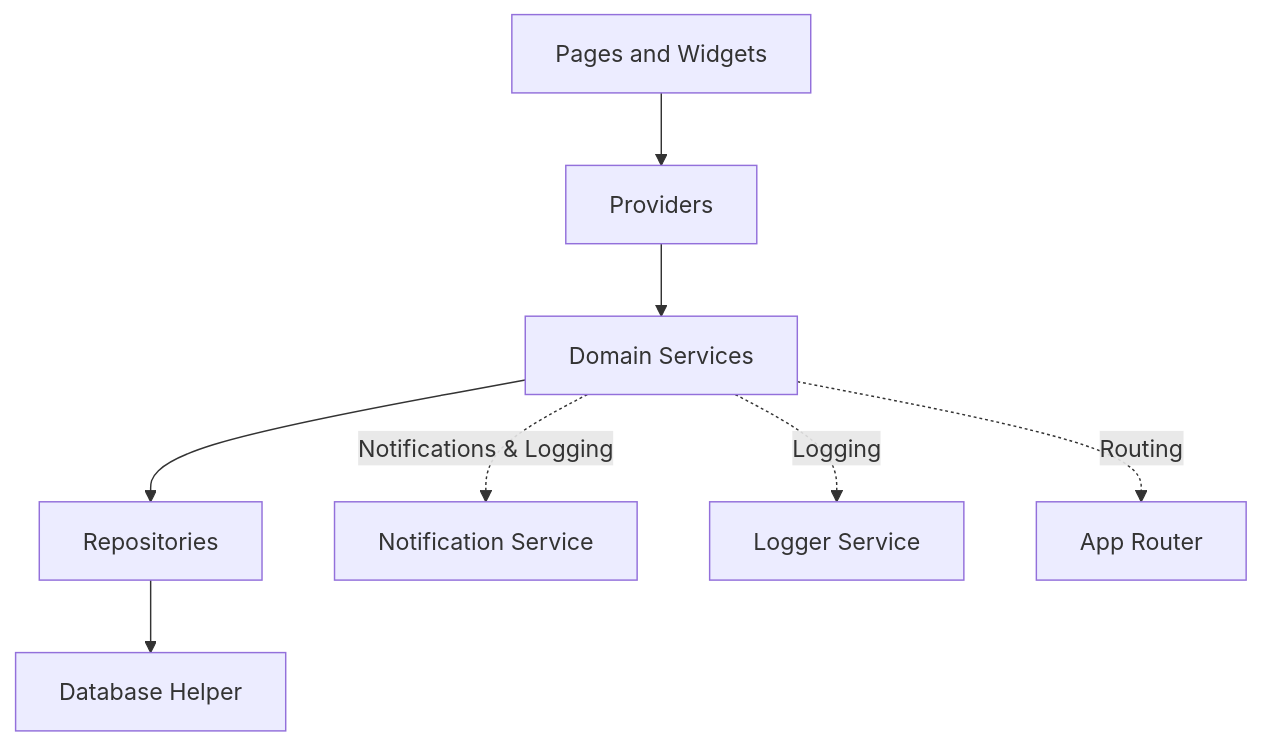
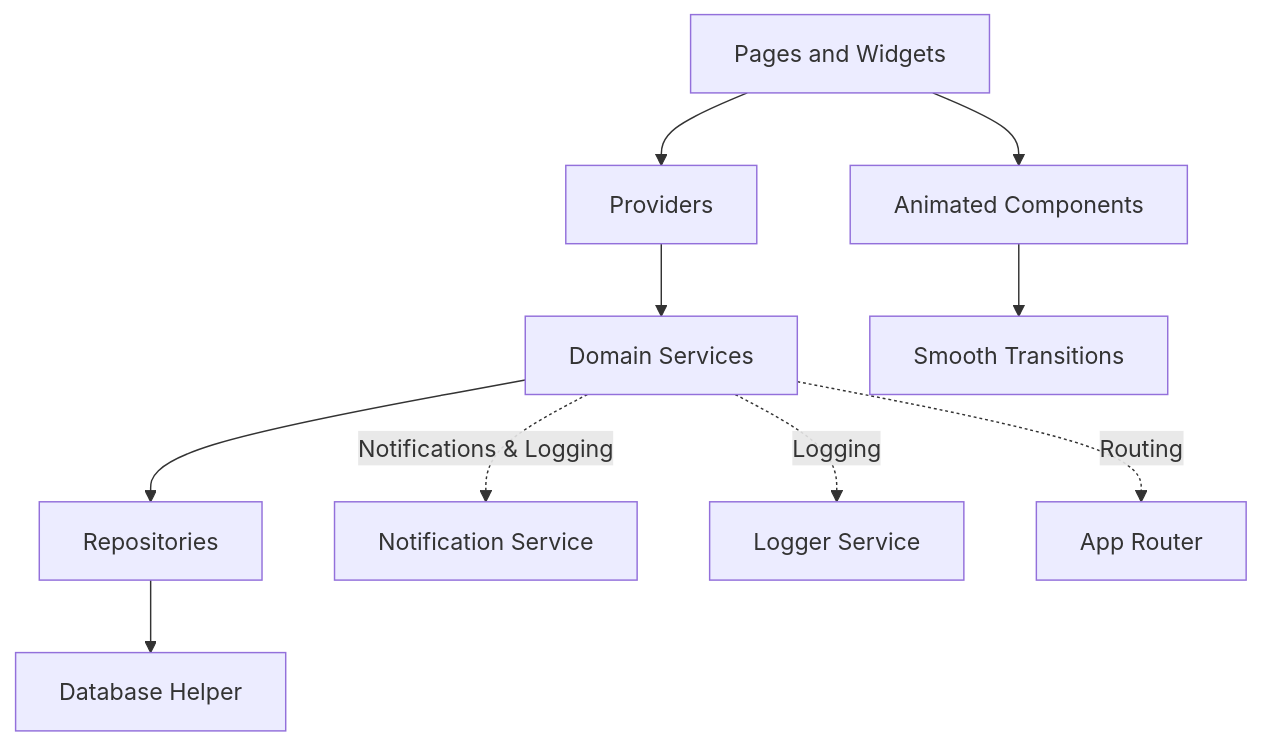
The second of 14 diagrams in .qoder/repowiki/en/content/Architecture Overview/Component Interactions and Communication.md (favoroo/QNote), drawn with Mermaid before and after one commit. The commit also changed other lines of this file and 114 other files, not shown here.

````diff
--- a/.qoder/repowiki/en/content/Architecture Overview/Component Interactions and Communication.md
+++ b/.qoder/repowiki/en/content/Architecture Overview/Component Interactions and Communication.md
@@ -126,10 +164,12 @@
 ```mermaid
 graph TB
 PAGES["Pages and Widgets"] --> PROVIDERS["Providers"]
 PROVIDERS --> SERVICES["Domain Services"]
 SERVICES --> REPOS["Repositories"]
 REPOS --> DB["Database Helper"]
 SERVICES -. "Notifications & Logging" .-> NOTIF["Notification Service"]
 SERVICES -. "Logging" .-> LOG["Logger Service"]
 SERVICES -. "Routing" .-> ROUTER["App Router"]
+PAGES --> ANIMATIONS["Animated Components"]
+ANIMATIONS --> TRANSITIONS["Smooth Transitions"]
 ```
````
